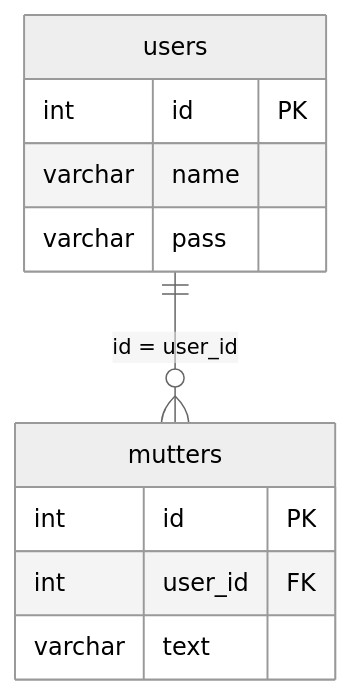
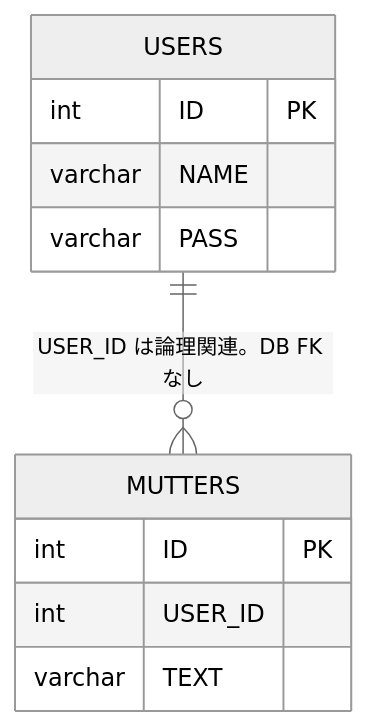
One commit to t-oikawa-sendai/dokoTsubu-platform changed the diagram in docs/design/03_DATA_AND_SECURITY_DESIGN.md. Above: the diagram before and after it, drawn with Mermaid (neutral theme). The commit also changed other lines of this file and 8 other files, not shown here.

````diff
--- a/docs/design/03_DATA_AND_SECURITY_DESIGN.md
+++ b/docs/design/03_DATA_AND_SECURITY_DESIGN.md
@@ -76,14 +101,14 @@
 ```mermaid
 erDiagram
-  users ||--o{ mutters : "id = user_id"
-  users {
-    int id PK
-    varchar name
-    varchar pass
+  USERS ||--o{ MUTTERS : "USER_ID は論理関連。DB FK なし"
+  USERS {
+    int ID PK
+    varchar NAME
+    varchar PASS
   }
-  mutters {
-    int id PK
-    int user_id FK
-    varchar text
+  MUTTERS {
+    int ID PK
+    int USER_ID
+    varchar TEXT
   }
 ```
````
